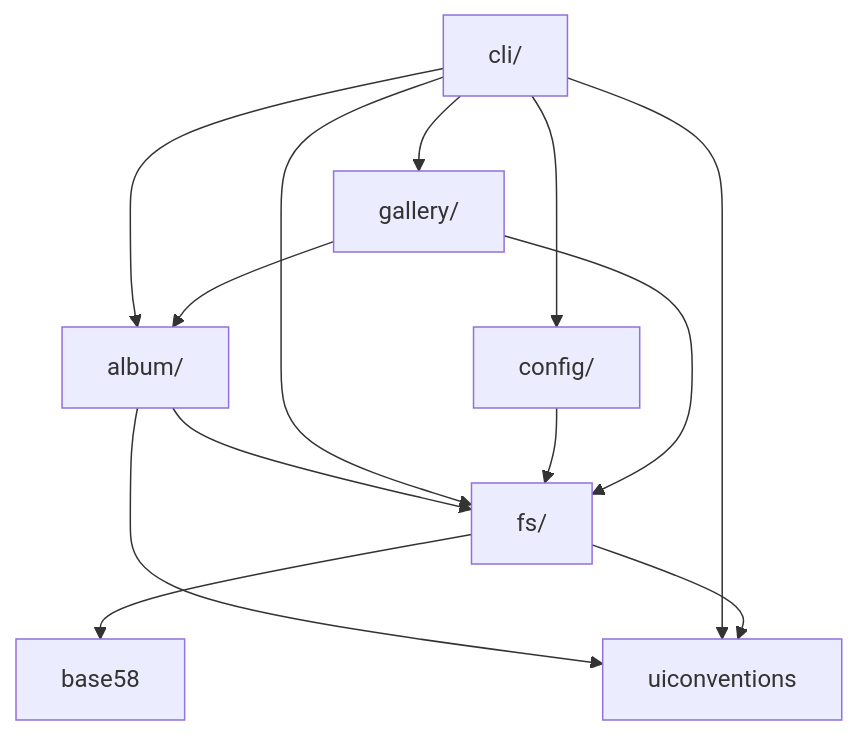
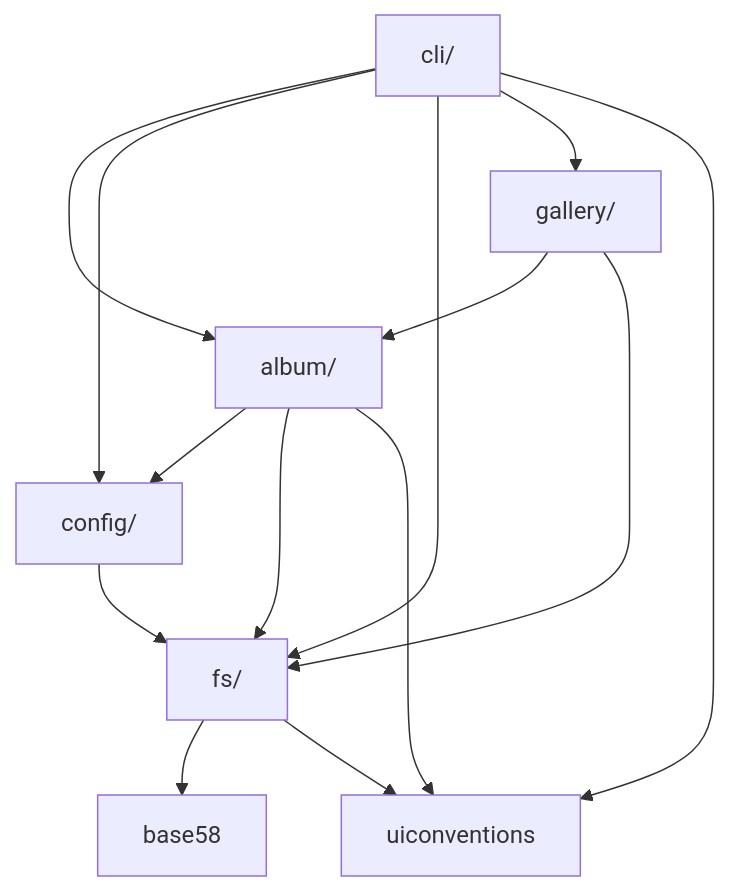
Before and after one commit to iglootools/photree: the diagram in docs/architecture.md, drawn with Mermaid. The commit also changed 4 other files, not shown here.

Commit message:
docs: regenerate CLI reference and dependency graph after refactoring

````diff
--- a/docs/architecture.md
+++ b/docs/architecture.md
@@ -17,23 +17,24 @@
 ```mermaid
 graph TD
     album["album/"]
     base58["base58"]
     cli["cli/"]
     config["config/"]
     fs["fs/"]
     gallery["gallery/"]
     uiconventions["uiconventions"]
 
+    album --> config
     album --> fs
     album --> uiconventions
     cli --> album
     cli --> config
     cli --> fs
     cli --> gallery
     cli --> uiconventions
     config --> fs
     fs --> base58
     fs --> uiconventions
     gallery --> album
     gallery --> fs
 ```
````
